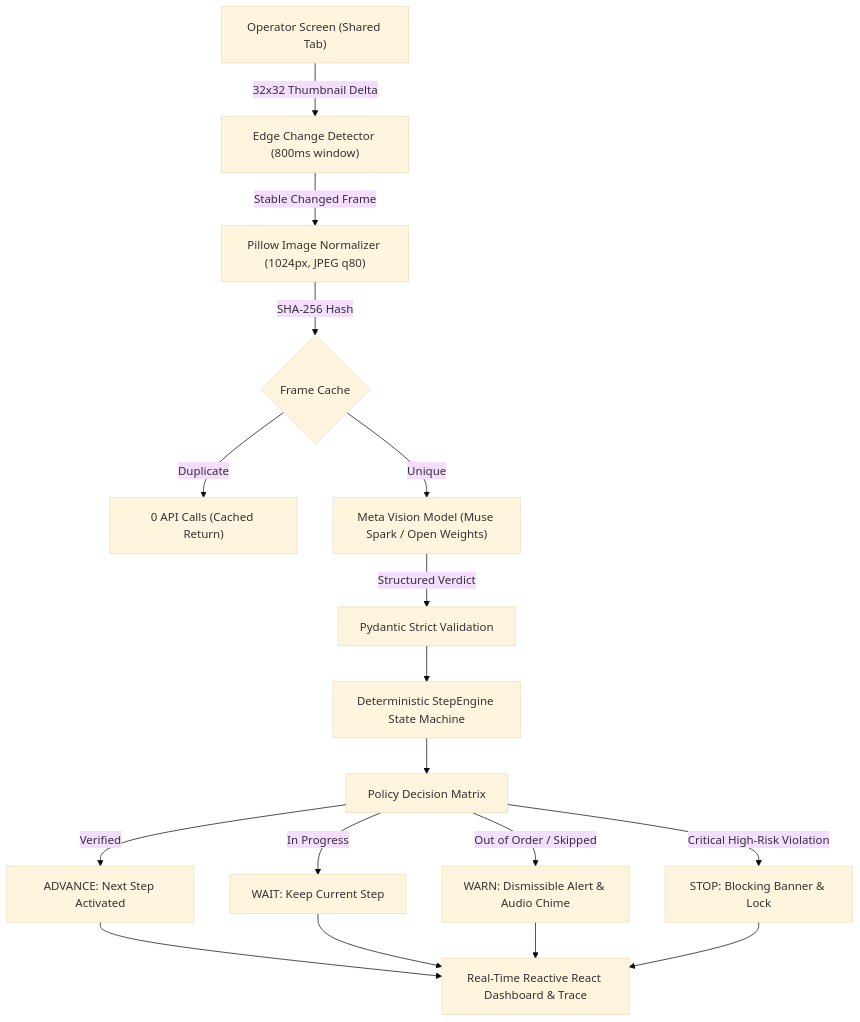
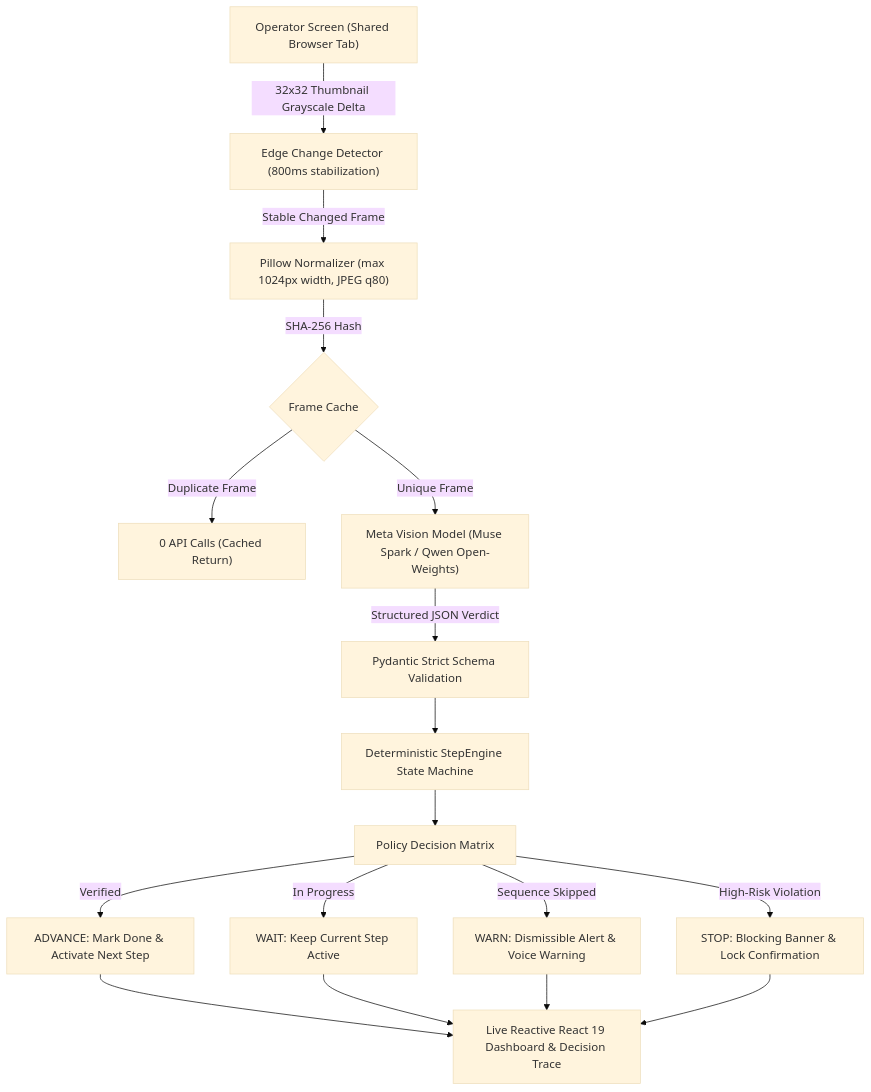
One commit to tejaspatel2255/ScreenGuard-Meta-AI-Hackathon changed the diagram in README.md. Above: the diagram before and after it, drawn with Mermaid (base theme). The commit also changed other lines of this file and 5 other files, not shown here.

````diff
--- a/README.md
+++ b/README.md
@@ -29,19 +68,19 @@
 ```mermaid
 flowchart TD
-    A["Operator Screen (Shared Tab)"] -->|"32x32 Thumbnail Delta"| B["Edge Change Detector (800ms window)"]
-    B -->|"Stable Changed Frame"| C["Pillow Image Normalizer (1024px, JPEG q80)"]
+    A["Operator Screen (Shared Browser Tab)"] -->|"32x32 Thumbnail Grayscale Delta"| B["Edge Change Detector (800ms stabilization)"]
+    B -->|"Stable Changed Frame"| C["Pillow Normalizer (max 1024px width, JPEG q80)"]
     C -->|"SHA-256 Hash"| D{"Frame Cache"}
-    D -->|"Duplicate"| E["0 API Calls (Cached Return)"]
-    D -->|"Unique"| F["Meta Vision Model (Muse Spark / Open Weights)"]
-    F -->|"Structured Verdict"| G["Pydantic Strict Validation"]
+    D -->|"Duplicate Frame"| E["0 API Calls (Cached Return)"]
+    D -->|"Unique Frame"| F["Meta Vision Model (Muse Spark / Qwen Open-Weights)"]
+    F -->|"Structured JSON Verdict"| G["Pydantic Strict Schema Validation"]
     G --> H["Deterministic StepEngine State Machine"]
     H --> I["Policy Decision Matrix"]
-    I -->|"Verified"| J["ADVANCE: Next Step Activated"]
-    I -->|"In Progress"| K["WAIT: Keep Current Step"]
-    I -->|"Out of Order / Skipped"| L["WARN: Dismissible Alert & Audio Chime"]
-    I -->|"Critical High-Risk Violation"| M["STOP: Blocking Banner & Lock"]
-    J --> N["Real-Time Reactive React Dashboard & Trace"]
+    I -->|"Verified"| J["ADVANCE: Mark Done & Activate Next Step"]
+    I -->|"In Progress"| K["WAIT: Keep Current Step Active"]
+    I -->|"Sequence Skipped"| L["WARN: Dismissible Alert & Voice Warning"]
+    I -->|"High-Risk Violation"| M["STOP: Blocking Banner & Lock Confirmation"]
+    J --> N["Live Reactive React 19 Dashboard & Decision Trace"]
     K --> N
     L --> N
     M --> N
 ```
````
